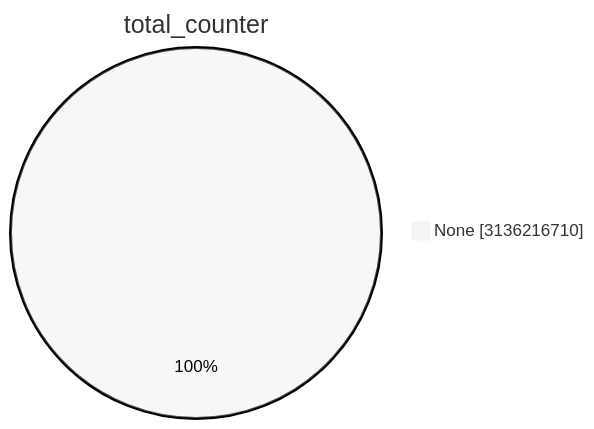
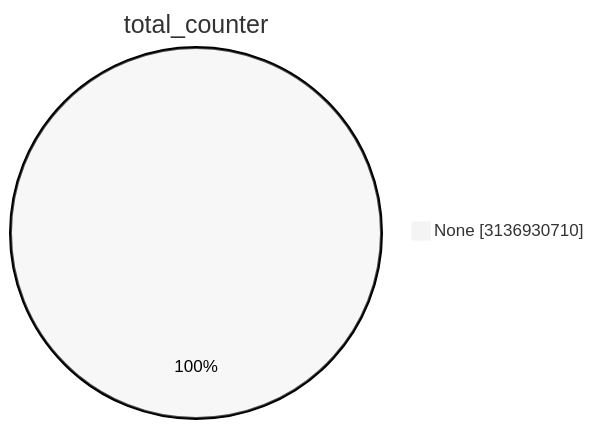
Before and after one commit to christiankrug/ctmonitor_visualization: the first of 15 diagrams in TOTAL/README.md, drawn with Mermaid (neutral theme). The commit also changed other lines of this file, not shown here.

````diff
--- a/TOTAL/README.md
+++ b/TOTAL/README.md
@@ -1,5 +1,5 @@
 ```mermaid
 pie showData
 title total_counter
-"None" :3136216710
+"None" :3136930710
 ```
````
